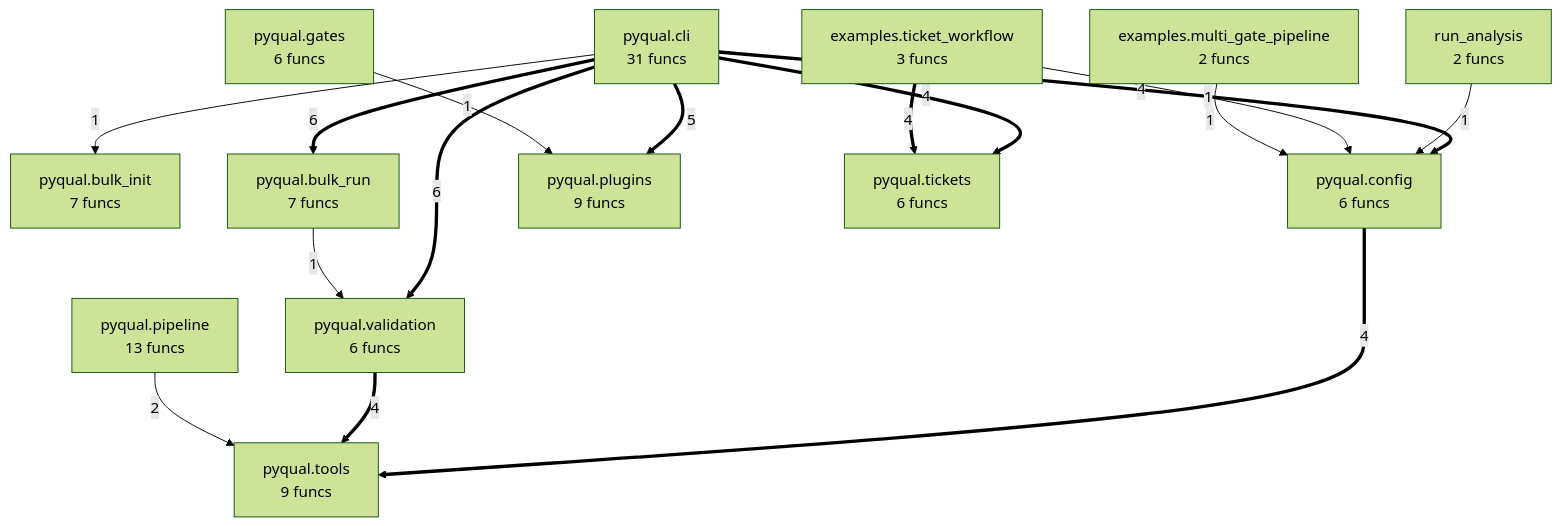
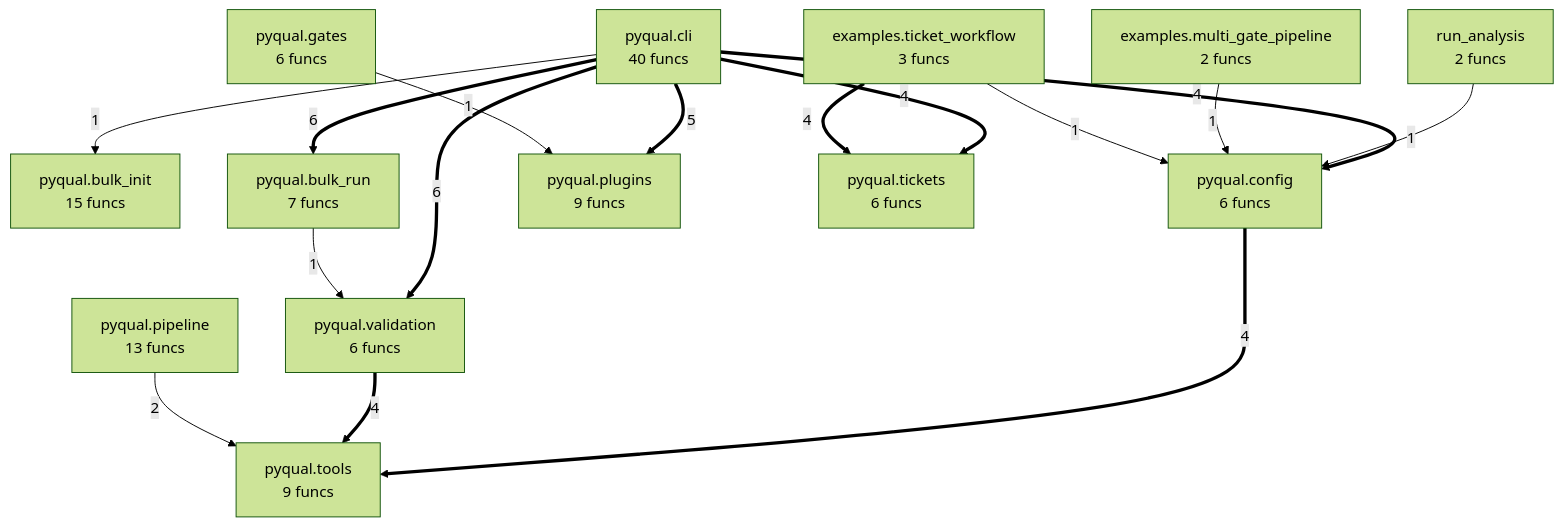
The diagram in project/compact_flow.mmd (semcod/pyqual), drawn with Mermaid (forest theme) before and after one commit. The commit also changed 22 other files, not shown here.

```diff
--- a/project/compact_flow.mmd
+++ b/project/compact_flow.mmd
@@ -1,29 +1,29 @@
 flowchart TD
     examples__multi_gate_pipeline["examples.multi_gate_pipeline<br/>2 funcs"]
     examples__ticket_workflow["examples.ticket_workflow<br/>3 funcs"]
-    pyqual__bulk_init["pyqual.bulk_init<br/>7 funcs"]
+    pyqual__bulk_init["pyqual.bulk_init<br/>15 funcs"]
     pyqual__bulk_run["pyqual.bulk_run<br/>7 funcs"]
-    pyqual__cli["pyqual.cli<br/>31 funcs"]
+    pyqual__cli["pyqual.cli<br/>40 funcs"]
     pyqual__config["pyqual.config<br/>6 funcs"]
     pyqual__gates["pyqual.gates<br/>6 funcs"]
     pyqual__pipeline["pyqual.pipeline<br/>13 funcs"]
     pyqual__plugins["pyqual.plugins<br/>9 funcs"]
     pyqual__tickets["pyqual.tickets<br/>6 funcs"]
     pyqual__tools["pyqual.tools<br/>9 funcs"]
     pyqual__validation["pyqual.validation<br/>6 funcs"]
     run_analysis["run_analysis<br/>2 funcs"]
     pyqual__cli ==>|6| pyqual__bulk_run
     pyqual__cli ==>|6| pyqual__validation
     pyqual__cli ==>|5| pyqual__plugins
     pyqual__config ==>|4| pyqual__tools
     pyqual__cli ==>|4| pyqual__config
     pyqual__cli ==>|4| pyqual__tickets
     pyqual__validation ==>|4| pyqual__tools
     examples__ticket_workflow ==>|4| pyqual__tickets
     pyqual__pipeline -->|2| pyqual__tools
     run_analysis -->|1| pyqual__config
     pyqual__gates -->|1| pyqual__plugins
     pyqual__cli -->|1| pyqual__bulk_init
+    examples__multi_gate_pipeline -->|1| pyqual__config
     examples__ticket_workflow -->|1| pyqual__config
-    examples__multi_gate_pipeline -->|1| pyqual__config
     pyqual__bulk_run -->|1| pyqual__validation
```
